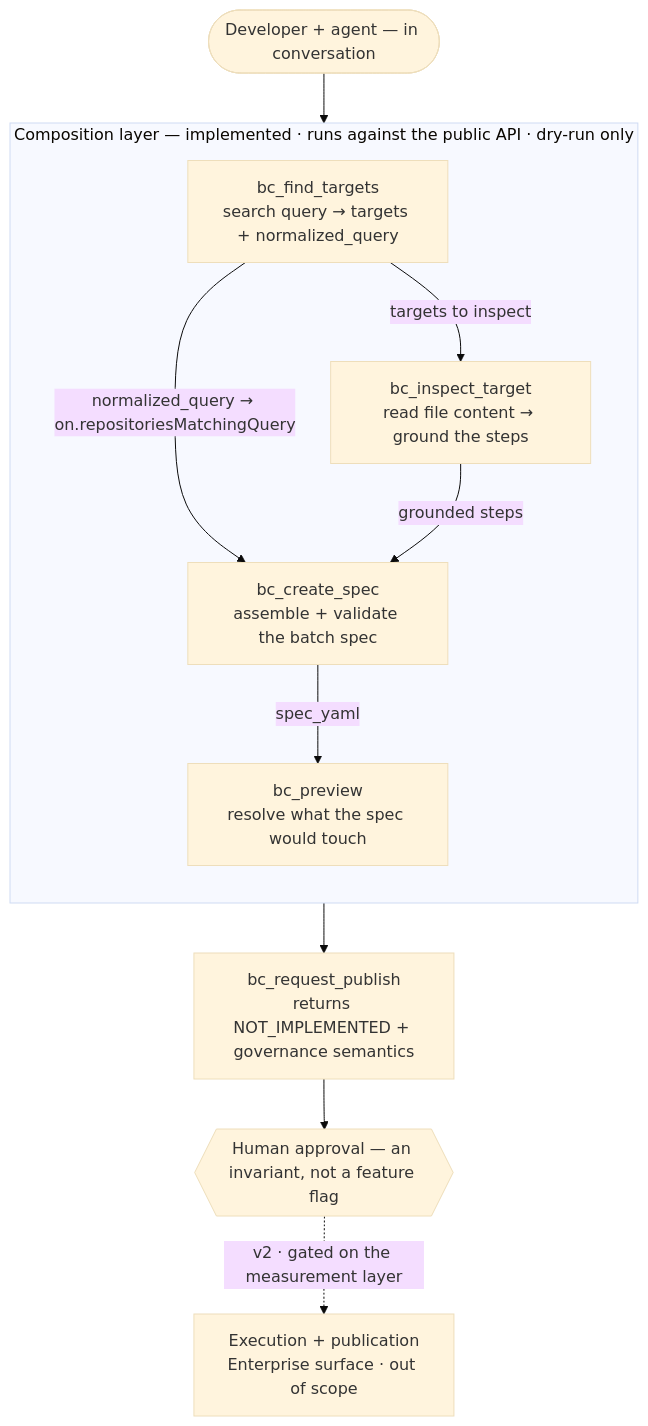
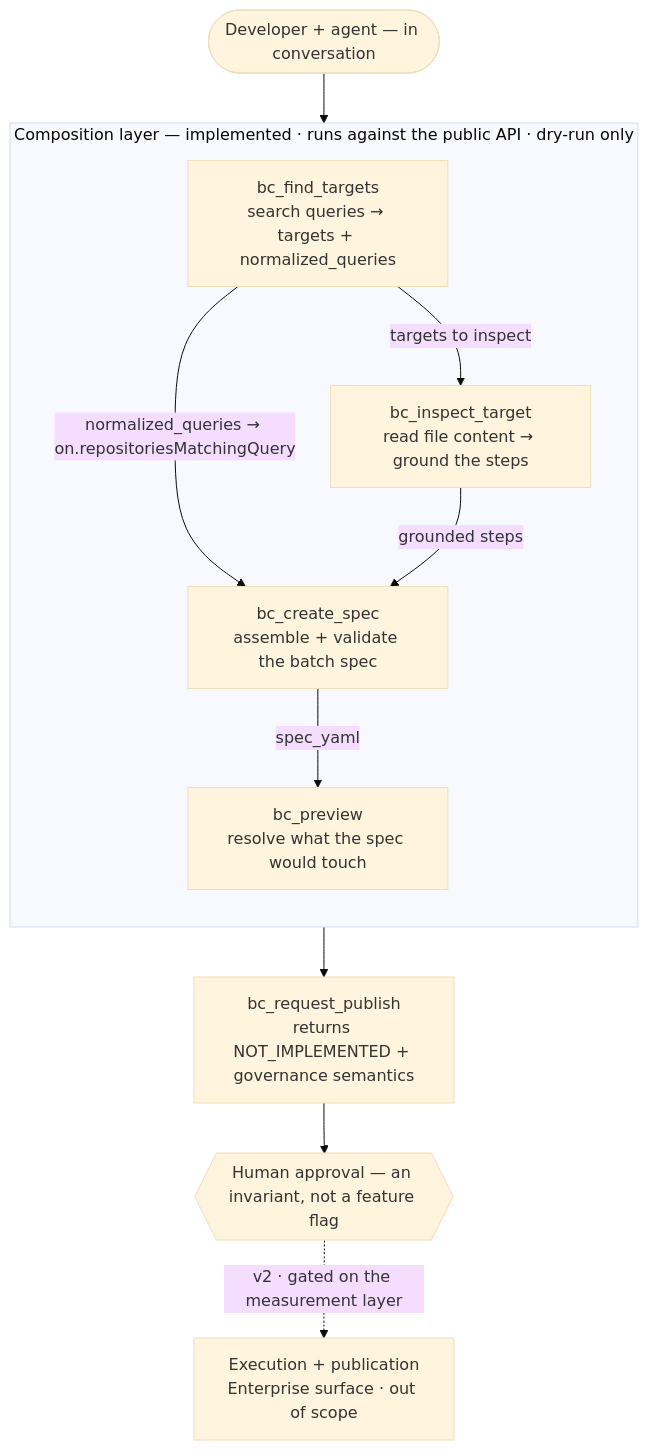
The diagram in README.md (alaneduaardo/sg-mcp-bc-example), drawn with Mermaid (base theme) before and after one commit. The commit also changed other lines of this file and 8 other files, not shown here.

````diff
--- a/README.md
+++ b/README.md
@@ -15,22 +15,22 @@
 ```mermaid
 flowchart TD
     dev(["Developer + agent — in conversation"])
     dev --> ft
 
     subgraph compose["Composition layer — implemented · runs against the public API · dry-run only"]
         direction TB
-        ft["bc_find_targets<br/>search query → targets + normalized_query"]
+        ft["bc_find_targets<br/>search queries → targets + normalized_queries"]
         it["bc_inspect_target<br/>read file content → ground the steps"]
         cs["bc_create_spec<br/>assemble + validate the batch spec"]
         pv["bc_preview<br/>resolve what the spec would touch"]
 
         ft -->|"targets to inspect"| it
-        ft -->|"normalized_query → on.repositoriesMatchingQuery"| cs
+        ft -->|"normalized_queries → on.repositoriesMatchingQuery"| cs
         it -->|"grounded steps"| cs
         cs -->|"spec_yaml"| pv
     end
 
     pv --> rp["bc_request_publish<br/>returns NOT_IMPLEMENTED + governance semantics"]
     rp --> gate{{"Human approval — an invariant, not a feature flag"}}
     gate -. "v2 · gated on the measurement layer" .-> ent["Execution + publication<br/>Enterprise surface · out of scope"]
 ```
````
